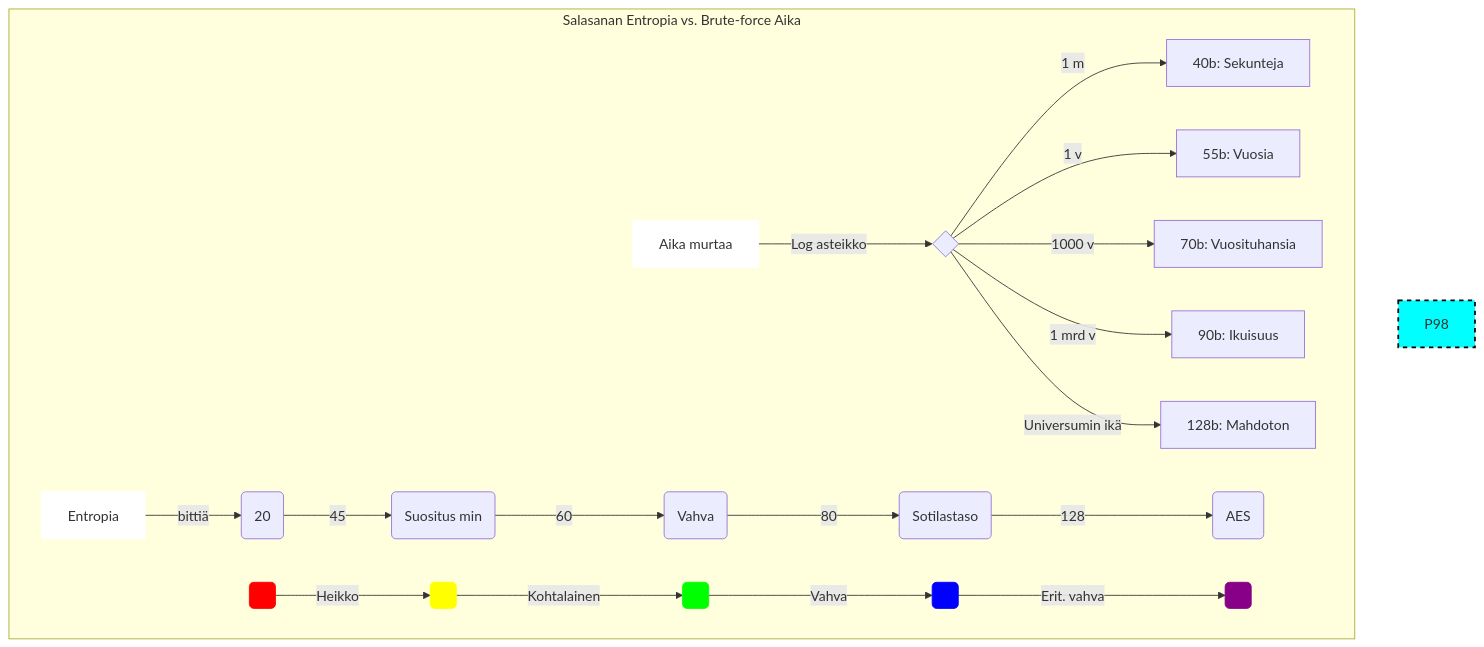
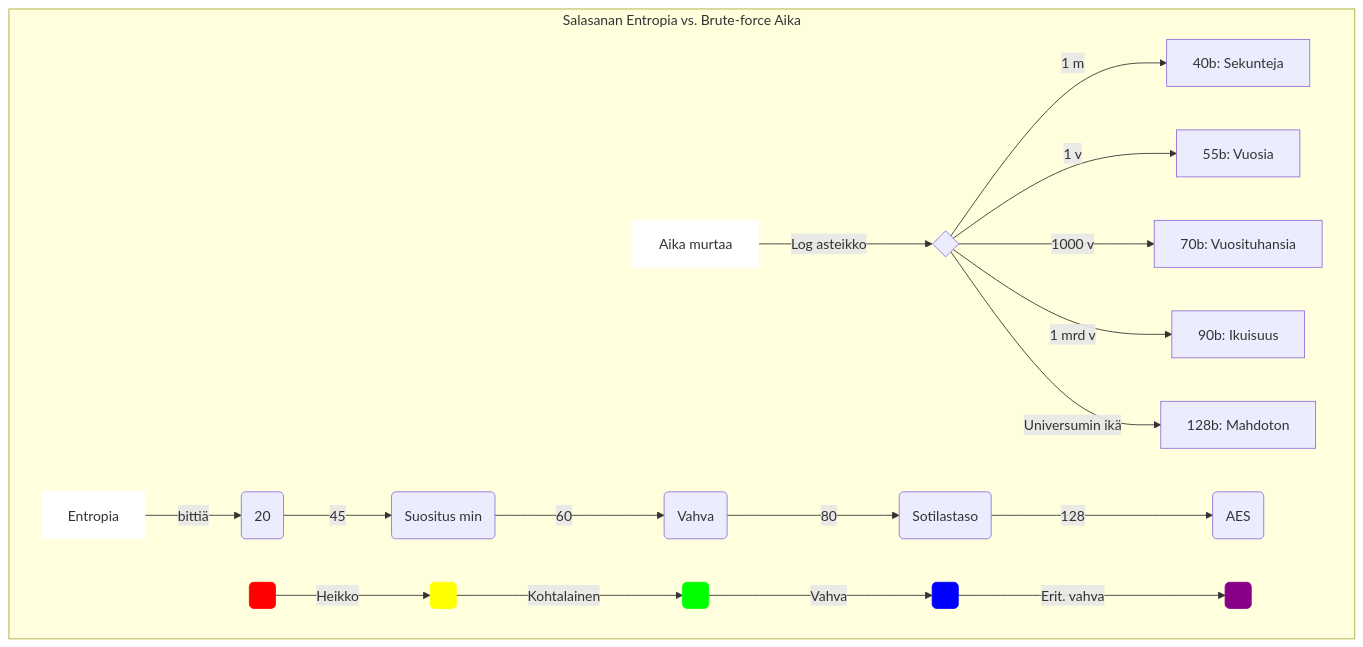
Before and after one commit to tuomastvirtanen/sedan-sihtaus: the diagram in README.md, drawn with Mermaid. The commit also changed other lines of this file, not shown here.

````diff
--- a/README.md
+++ b/README.md
@@ -20,31 +29,31 @@
 ```mermaid
 graph TD
     subgraph "Salasanan Entropia vs. Brute-force Aika"
         A[Aika murtaa] -->|Log asteikko| B{ }
         B --> |1 m| C1[40b: Sekunteja]
         B --> |1 v| C2[55b: Vuosia]
         B --> |1000 v| C3[70b: Vuosituhansia]
         B --> |1 mrd v| C4[90b: Ikuisuus]
         B --> |Universumin ikä| C5[128b: Mahdoton]
         
         X[Entropia] -->|bittiä| D1(20)
         D1 -->|45| D2(Suositus min)
         D2 -->|60| D3(Vahva)
         D3 -->|80| D4(Sotilastaso)
         D4 -->|128| D5(AES)
     
         P20( ) -- Heikko --> P45( )
         P45( ) -- Kohtalainen --> P60( )
         P60( ) -- Vahva --> P80( )
         P80( ) -- Erit. vahva --> P128( )
     end
     
     style A fill:#fff,stroke:#fff;
     style X fill:#fff,stroke:#fff;
     style P20 fill:#f00,stroke:#f00;
     style P45 fill:#ff0,stroke:#ff0;
     style P60 fill:#0f0,stroke:#0f0;
     style P80 fill:#00f,stroke:#00f;
     style P128 fill:#808,stroke:#808;
-    style P98 fill:#0ff,stroke:#000,stroke-width:2px,stroke-dasharray: 5 5;
+
 ```
````
